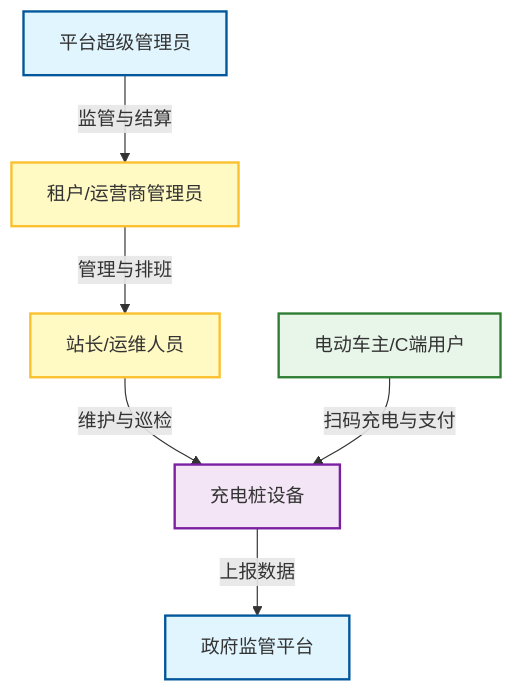
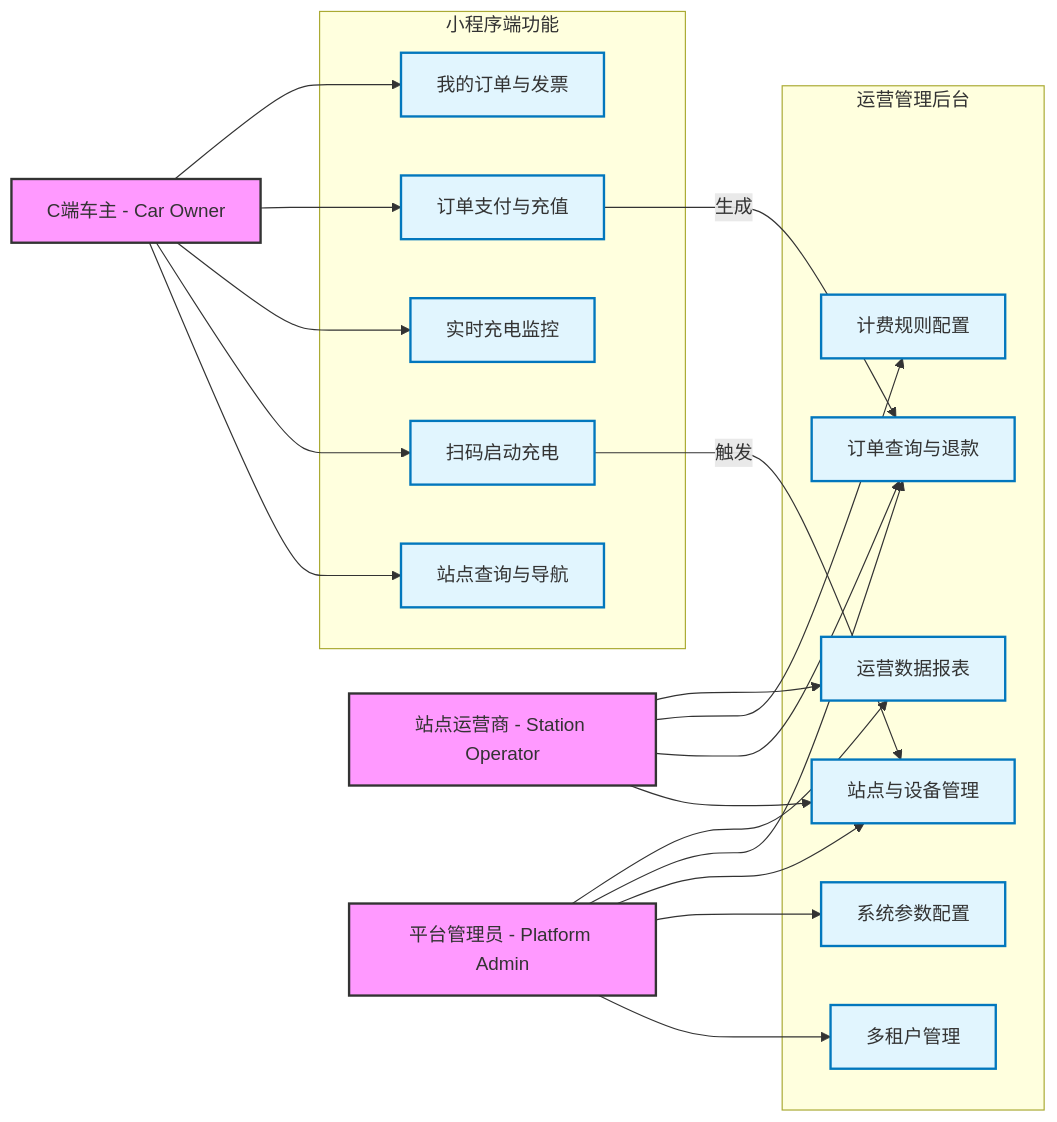
The diagram in docs/explain/01_roles_and_usecases.md (megadotnet/HUIZHI-ChargeOS-cloud), drawn with Mermaid before and after one commit. The commit also changed other lines of this file and 4 other files, not shown here.

First line of the commit message:
docs: add detailed business architecture documentation in docs/explain/

````diff
--- a/docs/explain/01_roles_and_usecases.md
+++ b/docs/explain/01_roles_and_usecases.md
@@ -9,23 +19,54 @@
 ```mermaid
-graph TD
-    %% 定义样式
-    classDef platform fill:#e1f5fe,stroke:#01579b,stroke-width:2px;
-    classDef tenant fill:#fff9c4,stroke:#fbc02d,stroke-width:2px;
-    classDef user fill:#e8f5e9,stroke:#2e7d32,stroke-width:2px;
-    classDef device fill:#f3e5f5,stroke:#7b1fa2,stroke-width:2px;
+flowchart LR
+    %% 样式定义
+    classDef actor fill:#f9f,stroke:#333,stroke-width:2px;
+    classDef module fill:#e1f5fe,stroke:#0277bd,stroke-width:2px;
+    classDef ext fill:#fff9c4,stroke:#fbc02d,stroke-width:2px,stroke-dasharray: 5 5;
 
-    %% 节点定义
-    PlatformAdmin[平台超级管理员]:::platform
-    TenantAdmin[租户/运营商管理员]:::tenant
-    StationManager[站长/运维人员]:::tenant
-    CarOwner[电动车主/C端用户]:::user
-    ChargingPile[充电桩设备]:::device
-    Regulator[政府监管平台]:::platform
+    %% 角色定义
+    User[C端车主 - Car Owner]:::actor
+    Operator[站点运营商 - Station Operator]:::actor
+    Admin[平台管理员 - Platform Admin]:::actor
+
+    %% 模块定义 - C端
+    subgraph AppClient [小程序端功能]
+        Search[站点查询与导航]:::module
+        Scan[扫码启动充电]:::module
+        RealTime[实时充电监控]:::module
+        Pay[订单支付与充值]:::module
+        MyOrder[我的订单与发票]:::module
+    end
+
+    %% 模块定义 - 运营端
+    subgraph AdminSystem [运营管理后台]
+        StationMgmt[站点与设备管理]:::module
+        OrderMgmt[订单查询与退款]:::module
+        PriceRule[计费规则配置]:::module
+        DataReport[运营数据报表]:::module
+        TenantMgmt[多租户管理]:::module
+        SysConfig[系统参数配置]:::module
+    end
 
     %% 关系连线
-    PlatformAdmin -->|监管与结算| TenantAdmin
-    TenantAdmin -->|管理与排班| StationManager
-    StationManager -->|维护与巡检| ChargingPile
-    CarOwner -->|扫码充电与支付| ChargingPile
-    ChargingPile -->|上报数据| Regulator
+    User --> Search
+    User --> Scan
+    User --> RealTime
+    User --> Pay
+    User --> MyOrder
+
+    Operator --> StationMgmt
+    Operator --> OrderMgmt
+    Operator --> PriceRule
+    Operator --> DataReport
+
+    Admin --> TenantMgmt
+    Admin --> SysConfig
+    Admin --> StationMgmt
+    Admin --> OrderMgmt
+    Admin --> DataReport
+
+    %% 业务流向注释
+    Scan -- 触发 --> StationMgmt
+    Pay -- 生成 --> OrderMgmt
+
 ```
````
